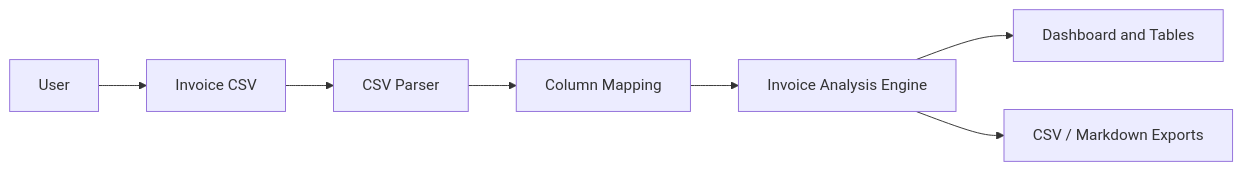
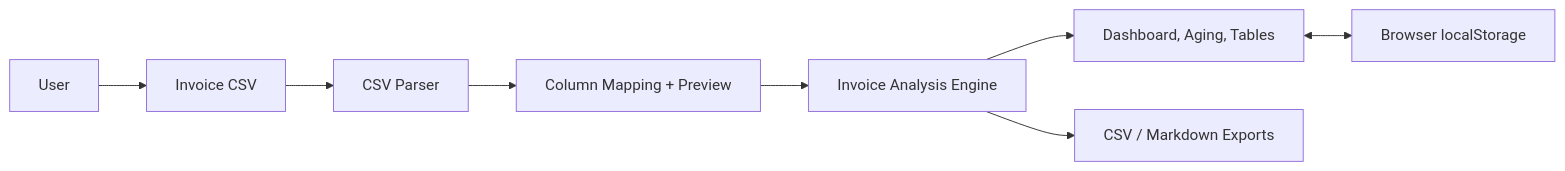
The diagram in docs/system-overview.md (ZhuangLioo/invoicepulse-au), drawn with Mermaid before and after one commit. The commit also changed other lines of this file and 30 other files, not shown here.

````diff
--- a/docs/system-overview.md
+++ b/docs/system-overview.md
@@ -7,17 +7,19 @@
 ```mermaid
 flowchart LR
   User["User"]
   CSV["Invoice CSV"]
   Parser["CSV Parser"]
-  Mapping["Column Mapping"]
+  Mapping["Column Mapping + Preview"]
   Engine["Invoice Analysis Engine"]
-  UI["Dashboard and Tables"]
+  UI["Dashboard, Aging, Tables"]
   Exports["CSV / Markdown Exports"]
+  Store["Browser localStorage"]
 
   User --> CSV
   CSV --> Parser
   Parser --> Mapping
   Mapping --> Engine
   Engine --> UI
   Engine --> Exports
+  UI <--> Store
 ```
````
